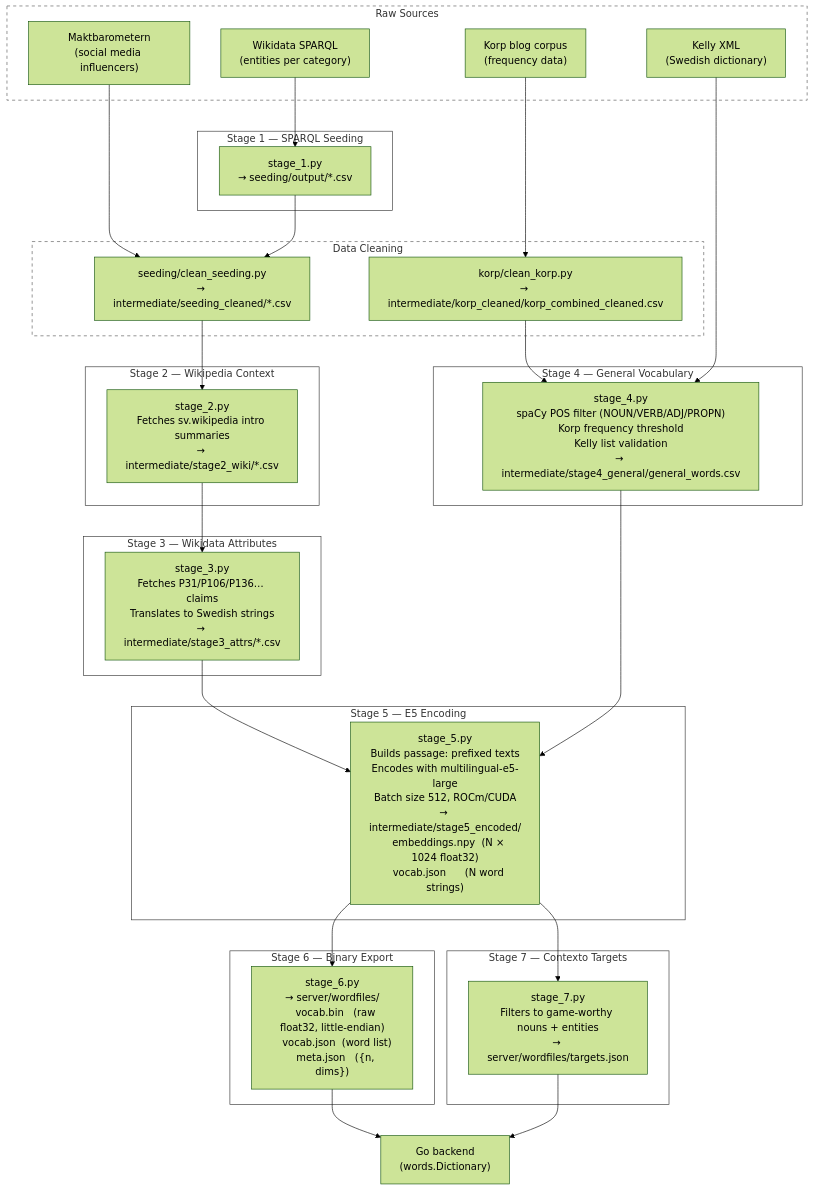
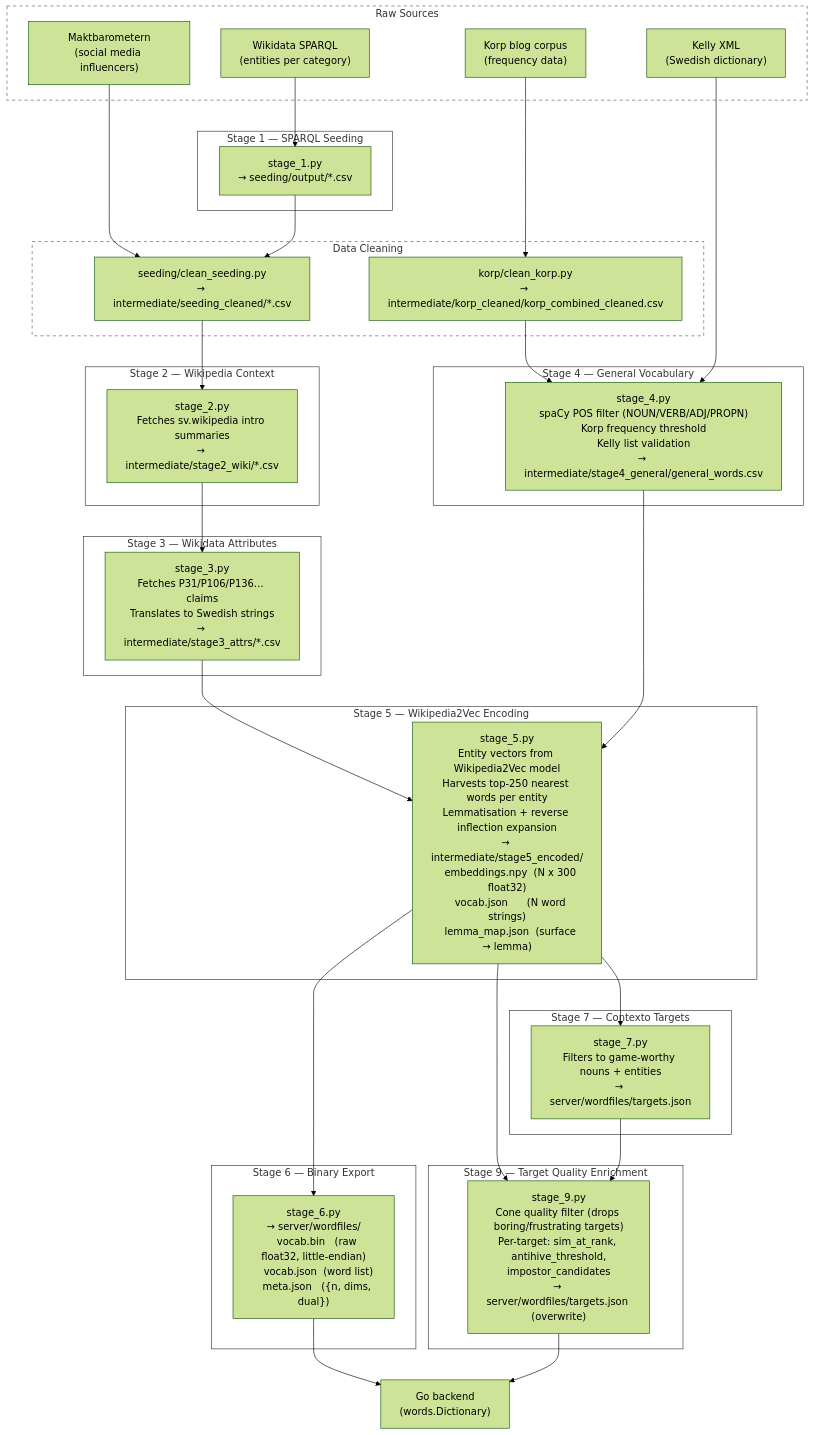
Before and after one commit to Skill-issue-coding/WordGame---TDDD27-Project: the diagram in preprocessing/README.md, drawn with Mermaid (forest theme). The commit also changed other lines of this file and 23 other files, not shown here.

````diff
--- a/preprocessing/README.md
+++ b/preprocessing/README.md
@@ -73,67 +74,74 @@
 ```mermaid
 flowchart TD
     subgraph RAW [Raw Sources]
         KORP["Korp blog corpus\n(frequency data)"]
         KELLY["Kelly XML\n(Swedish dictionary)"]
         SPARQL["Wikidata SPARQL\n(entities per category)"]
         MAKT["Maktbarometern\n(social media influencers)"]
     end
 
     subgraph CLEAN [Data Cleaning]
         CK["korp/clean_korp.py\n→ intermediate/korp_cleaned/korp_combined_cleaned.csv"]
         CS["seeding/clean_seeding.py\n→ intermediate/seeding_cleaned/*.csv"]
     end
 
     subgraph STAGE1 [Stage 1 — SPARQL Seeding]
         S1["stage_1.py\n→ seeding/output/*.csv"]
     end
 
     subgraph STAGE2 [Stage 2 — Wikipedia Context]
         S2["stage_2.py\nFetches sv.wikipedia intro summaries\n→ intermediate/stage2_wiki/*.csv"]
     end
 
     subgraph STAGE3 [Stage 3 — Wikidata Attributes]
         S3["stage_3.py\nFetches P31/P106/P136… claims\nTranslates to Swedish strings\n→ intermediate/stage3_attrs/*.csv"]
     end
 
     subgraph STAGE4 [Stage 4 — General Vocabulary]
         S4["stage_4.py\nspaCy POS filter (NOUN/VERB/ADJ/PROPN)\nKorp frequency threshold\nKelly list validation\n→ intermediate/stage4_general/general_words.csv"]
     end
 
-    subgraph STAGE5 [Stage 5 — E5 Encoding]
-        S5["stage_5.py\nBuilds passage: prefixed texts\nEncodes with multilingual-e5-large\nBatch size 512, ROCm/CUDA\n→ intermediate/stage5_encoded/\n   embeddings.npy  (N × 1024 float32)\n   vocab.json      (N word strings)"]
+    subgraph STAGE5 [Stage 5 — Wikipedia2Vec Encoding]
+        S5["stage_5.py\nEntity vectors from Wikipedia2Vec model\nHarvests top-250 nearest words per entity\nLemmatisation + reverse inflection expansion\n→ intermediate/stage5_encoded/\n   embeddings.npy  (N x 300 float32)\n   vocab.json      (N word strings)\n   lemma_map.json  (surface → lemma)"]
     end
 
     subgraph STAGE6 [Stage 6 — Binary Export]
-        S6["stage_6.py\n→ server/wordfiles/\n   vocab.bin   (raw float32, little-endian)\n   vocab.json  (word list)\n   meta.json   ({n, dims})"]
+        S6["stage_6.py\n→ server/wordfiles/\n   vocab.bin   (raw float32, little-endian)\n   vocab.json  (word list)\n   meta.json   ({n, dims, dual})"]
     end
 
     subgraph STAGE7 [Stage 7 — Contexto Targets]
         S7["stage_7.py\nFilters to game-worthy nouns + entities\n→ server/wordfiles/targets.json"]
+    end
+
+    subgraph STAGE9 [Stage 9 — Target Quality Enrichment]
+        S9["stage_9.py\nCone quality filter (drops boring/frustrating targets)\nPer-target: sim_at_rank, antihive_threshold,\nimpostor_candidates\n→ server/wordfiles/targets.json (overwrite)"]
     end
 
     KORP --> CK
     SPARQL --> S1
     MAKT --> CS
     S1 --> CS
     CS --> S2
     CK --> S4
     KELLY --> S4
     S2 --> S3
     S3 --> S5
     S4 --> S5
     S5 --> S6
     S5 --> S7
+    S5 --> S9
+    S7 --> S9
     S6 --> GO["Go backend\n(words.Dictionary)"]
-    S7 --> GO
+    S9 --> GO
 
     style RAW fill:transparent,stroke:#555,stroke-dasharray:5 5
     style CLEAN fill:transparent,stroke:#555,stroke-dasharray:5 5
     style STAGE1 fill:transparent,stroke:#333
     style STAGE2 fill:transparent,stroke:#333
     style STAGE3 fill:transparent,stroke:#333
     style STAGE4 fill:transparent,stroke:#333
     style STAGE5 fill:transparent,stroke:#333
     style STAGE6 fill:transparent,stroke:#333
     style STAGE7 fill:transparent,stroke:#333
+    style STAGE9 fill:transparent,stroke:#333
 ```
````
